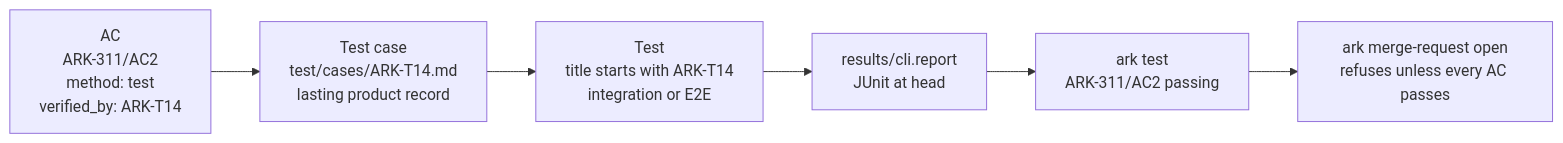
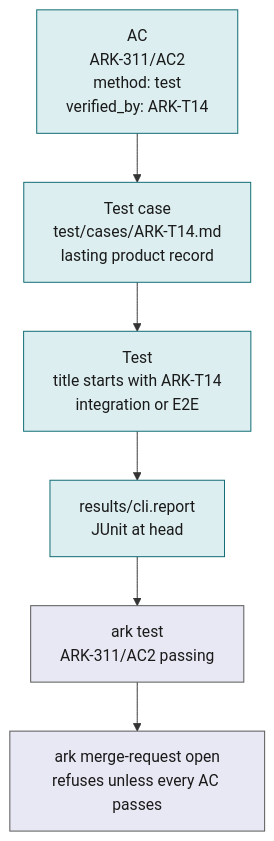
The third of 5 diagrams in docs/explanation/architecture.md (cobekarhoff/ark), drawn with Mermaid before and after one commit. The commit also changed other lines of this file and 36 other files, not shown here.

````diff
--- a/docs/explanation/architecture.md
+++ b/docs/explanation/architecture.md
@@ -104,8 +167,13 @@
 ```mermaid
-flowchart LR
-  ac[AC<br/>ARK-311/AC2<br/>method: test<br/>verified_by: ARK-T14] --> tc[Test case<br/>test/cases/ARK-T14.md<br/>lasting product record]
-  tc --> test[Test<br/>title starts with ARK-T14<br/>integration or E2E]
-  test --> report[results/cli.report<br/>JUnit at head]
-  report --> status[ark test<br/>ARK-311/AC2 passing]
-  status --> open[ark merge-request open<br/>refuses unless every AC passes]
+flowchart TB
+  ac["AC<br/>ARK-311/AC2<br/>method: test<br/>verified_by: ARK-T14"] --> tc["Test case<br/>test/cases/ARK-T14.md<br/>lasting product record"]
+  tc --> test["Test<br/>title starts with ARK-T14<br/>integration or E2E"]
+  test --> report["results/cli.report<br/>JUnit at head"]
+  report --> status["ark test<br/>ARK-311/AC2 passing"]
+  status --> open["ark merge-request open<br/>refuses unless every AC passes"]
+
+  classDef agent fill:#dceef0,stroke:#0e6b72,color:#1a1a1a
+  classDef cmd fill:#e8e8f4,stroke:#555,color:#1a1a1a
+  class ac,tc,test,report agent
+  class status,open cmd
 ```
````
